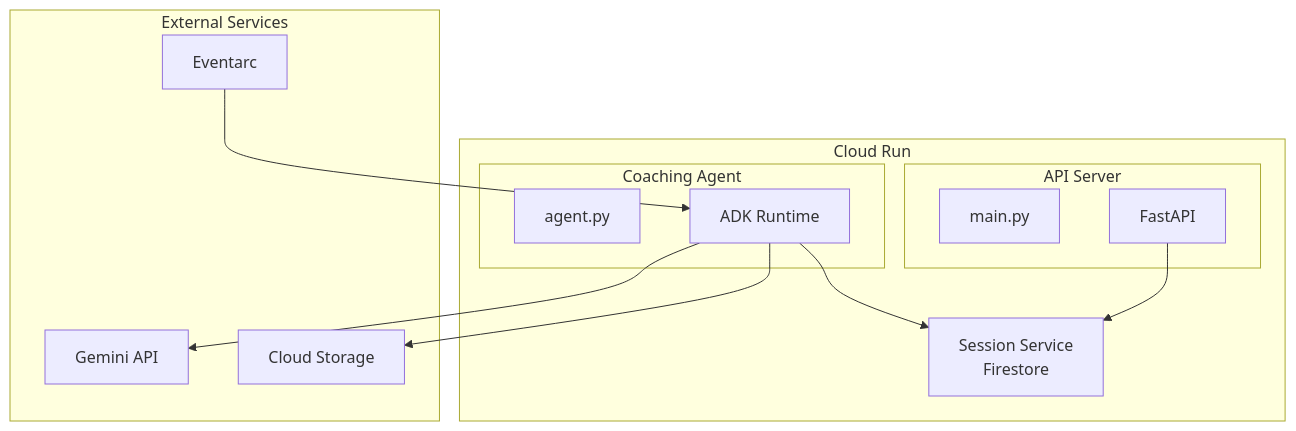
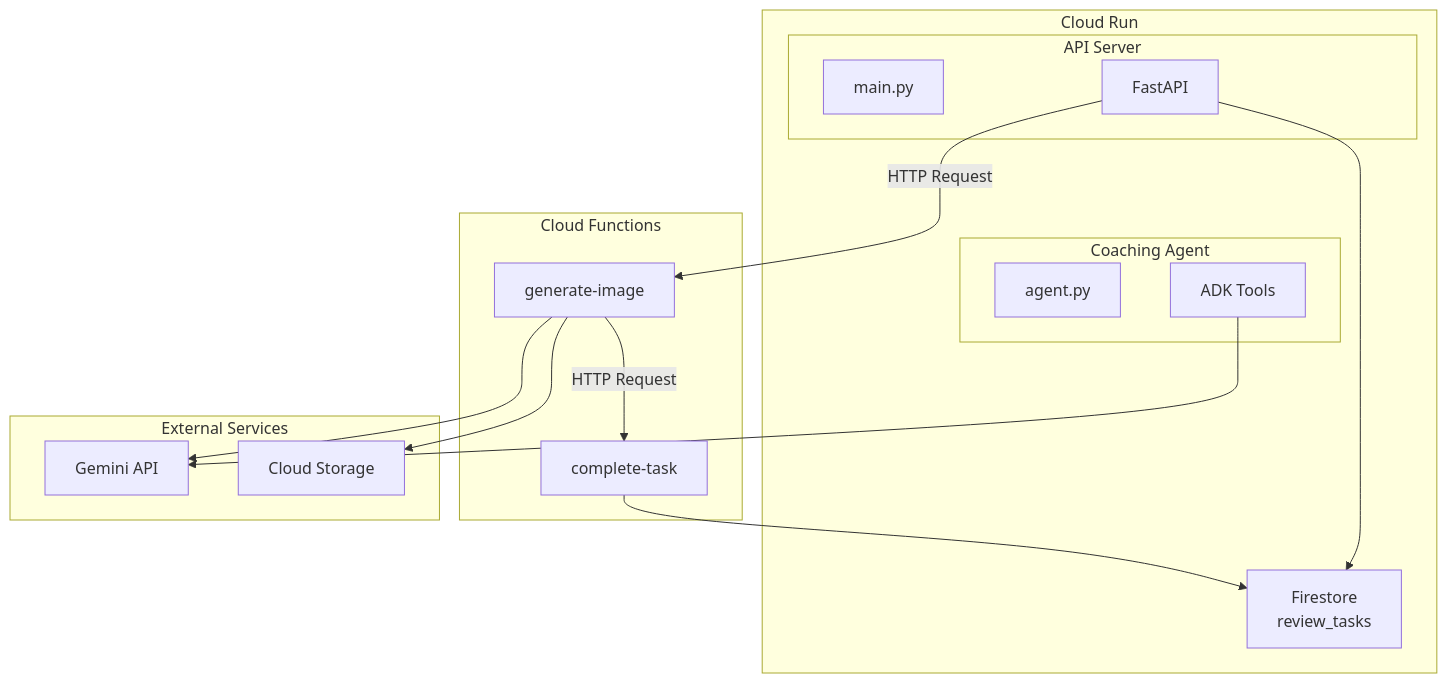
One commit to nuance-sudo/drawing-practice-agent-gch4 changed the second of 3 diagrams in docs/architecture.md. Above: the diagram before and after it, drawn with Mermaid. The commit also changed other lines of this file and 7 other files, not shown here.

````diff
--- a/docs/architecture.md
+++ b/docs/architecture.md
@@ -179,26 +180,32 @@
 ```mermaid
 flowchart TB
     subgraph CloudRun["Cloud Run"]
         subgraph APIServer["API Server"]
             A[main.py]
             B[FastAPI]
         end
         subgraph Agent["Coaching Agent"]
             C[agent.py]
-            D[ADK Runtime]
+            D[ADK Tools]
         end
-        E[Session Service<br/>Firestore]
+        E[Firestore<br/>review_tasks]
     end
     
+    subgraph CloudFunctions["Cloud Functions"]
+        F1[generate-image]
+        F2[complete-task]
+    end
+
     subgraph External["External Services"]
-        F[Gemini API]
-        G[Cloud Storage]
-        H[Eventarc]
+        G[Gemini API]
+        H[Cloud Storage]
     end
     
     B --> E
-    D --> E
-    D --> F
     D --> G
-    H --> D
+    B -->|HTTP Request| F1
+    F1 --> G
+    F1 --> H
+    F1 -->|HTTP Request| F2
+    F2 --> E
 ```
````
